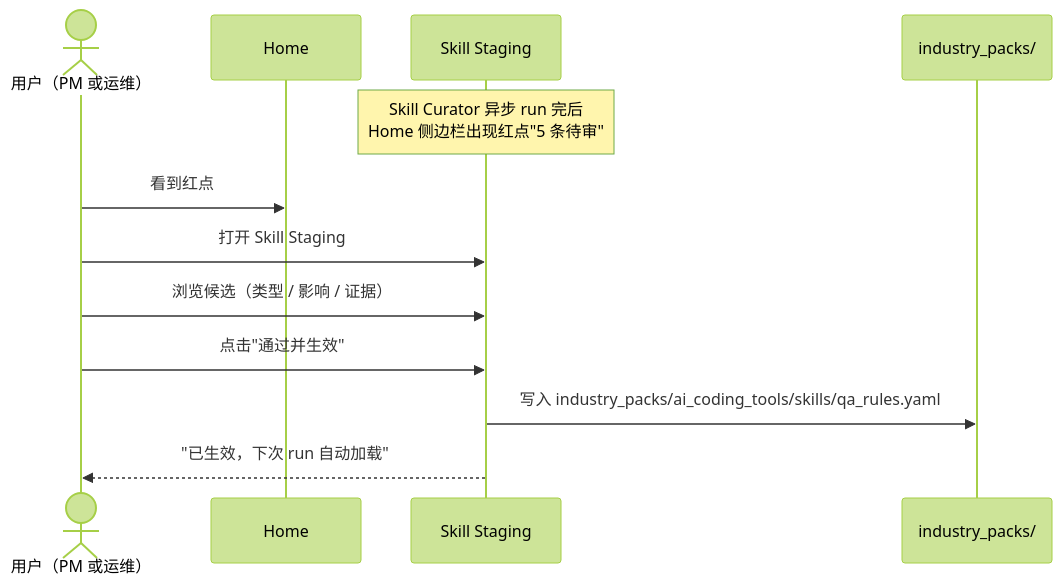
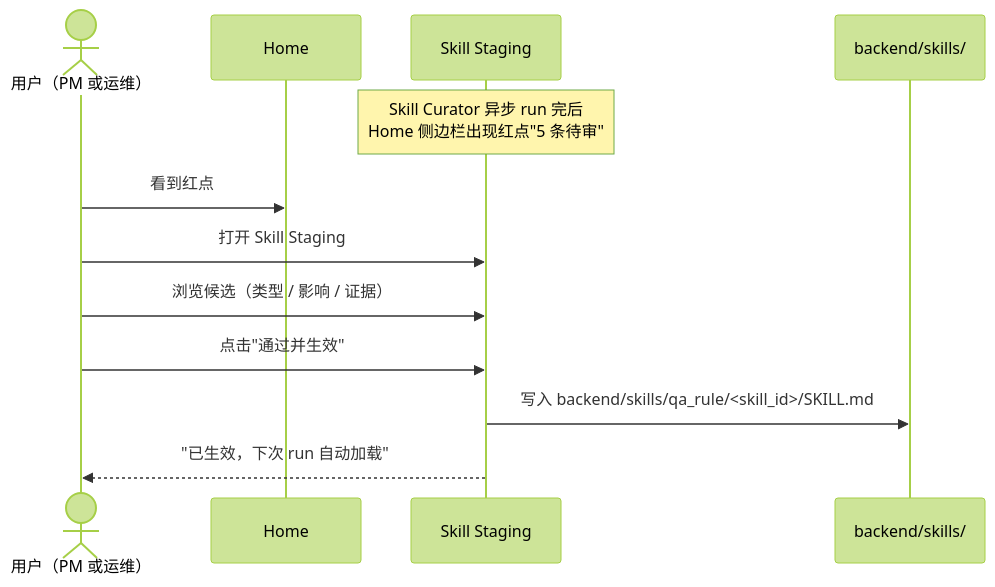
One commit to wanghong5233/RivalLens changed the third of 3 diagrams in docs/1-demo-storyboard.md. Above: the diagram before and after it, drawn with Mermaid (forest theme). The commit also changed other lines of this file and 105 other files, not shown here.

First line of the commit message:
feat(agent): replace industry_pack with agent-native skill axes

````diff
--- a/docs/1-demo-storyboard.md
+++ b/docs/1-demo-storyboard.md
@@ -383,15 +383,15 @@
 ```mermaid
 sequenceDiagram
     actor U as 用户（PM 或运维）
     participant H as Home
     participant S as Skill Staging
-    participant P as industry_packs/
+    participant P as backend/skills/
 
     Note over S: Skill Curator 异步 run 完后<br/>Home 侧边栏出现红点"5 条待审"
     U->>H: 看到红点
     U->>S: 打开 Skill Staging
     U->>S: 浏览候选（类型 / 影响 / 证据）
     U->>S: 点击"通过并生效"
-    S->>P: 写入 industry_packs/ai_coding_tools/skills/qa_rules.yaml
+    S->>P: 写入 backend/skills/qa_rule/<skill_id>/SKILL.md
     S-->>U: "已生效，下次 run 自动加载"
 ```
````
